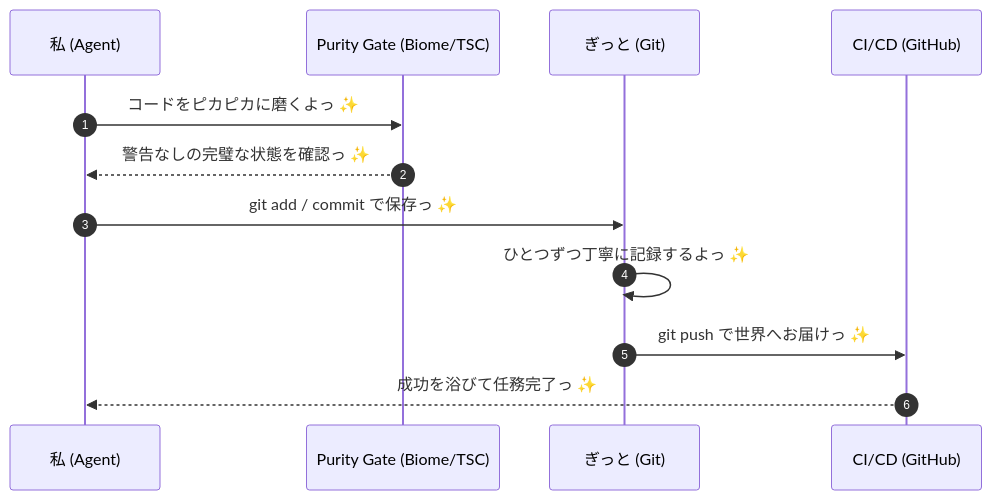
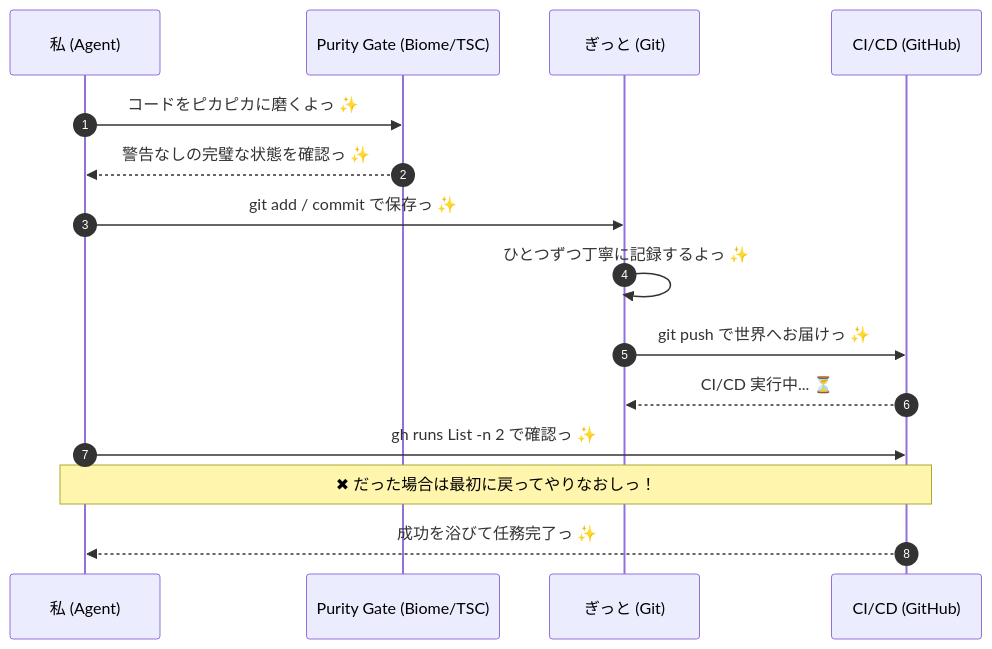
The diagram in .agent/workflows/git.md (KAFKA2306/investor), drawn with Mermaid before and after one commit. The commit also changed 25 other files, not shown here.

````diff
--- a/.agent/workflows/git.md
+++ b/.agent/workflows/git.md
@@ -7,15 +7,18 @@
 ```mermaid
 sequenceDiagram
     autonumber
     participant D as 私 (Agent)
     participant P as Purity Gate (Biome/TSC)
     participant G as ぎっと (Git)
     participant C as CI/CD (GitHub)
 
     D->>P: コードをピカピカに磨くよっ ✨
     P-->>D: 警告なしの完璧な状態を確認っ ✨
     D->>G: git add / commit で保存っ ✨
     G->>G: ひとつずつ丁寧に記録するよっ ✨
     G->>C: git push で世界へお届けっ ✨
+    C-->>G: CI/CD 実行中... ⏳
+    D->>C: gh runs List -n 2 で確認っ ✨
+    Note over D,C: ✖ だった場合は最初に戻ってやりなおしっ！
     C-->>D: 成功を浴びて任務完了っ ✨
 ```
````
